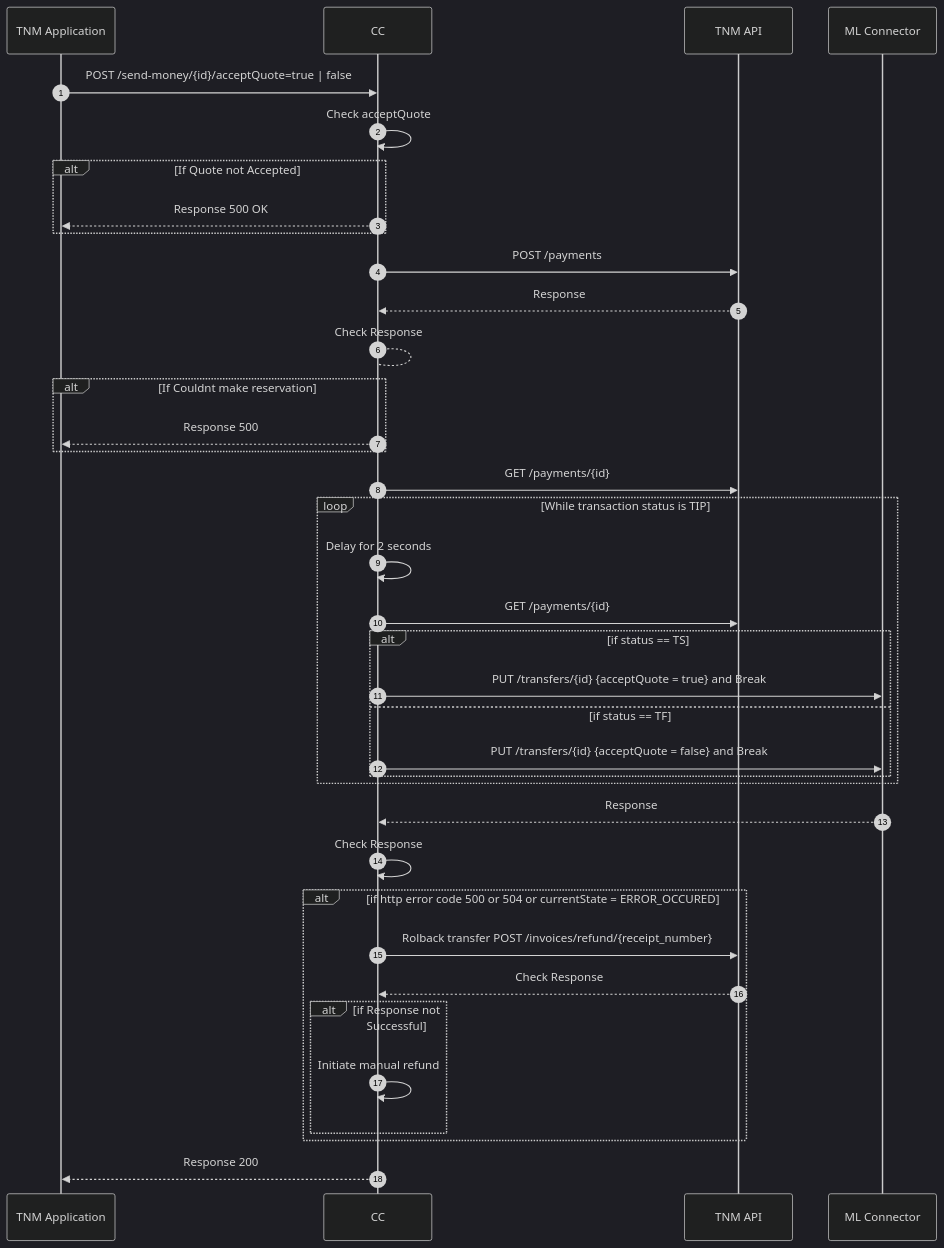
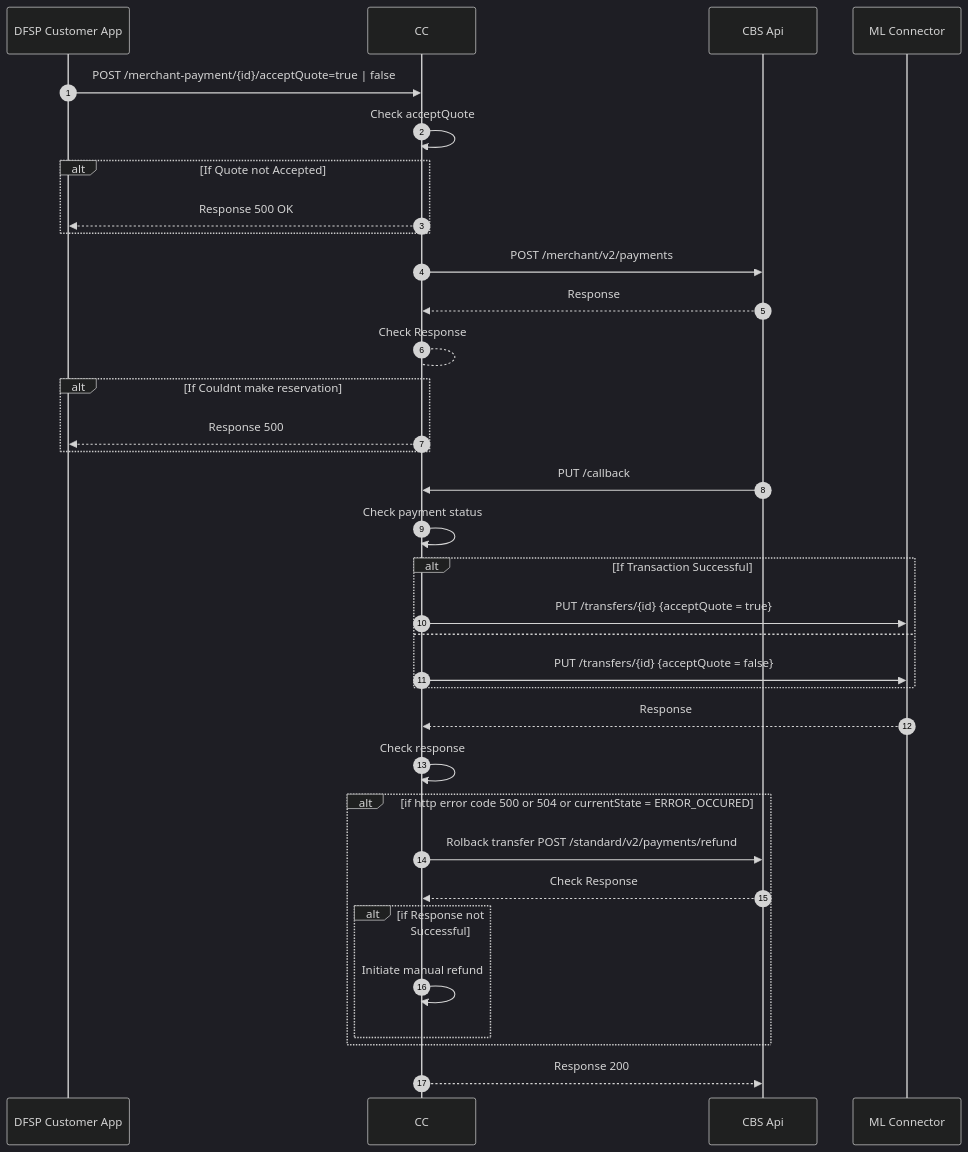
One commit to mojaloop/ml-reference-connectors changed the diagram in tnm-mw-core-connector/docs/merchant_payment_update.md. Above: the diagram before and after it, drawn with Mermaid (dark theme). The commit also changed other lines of this file and 6 other files, not shown here.

Commit message:
Chore: Merchant payments update

````diff
--- a/tnm-mw-core-connector/docs/merchant_payment_update.md
+++ b/tnm-mw-core-connector/docs/merchant_payment_update.md
@@ -1,35 +4,32 @@
 ```mermaid
 sequenceDiagram
   autoNumber
-  TNM Application->>CC: POST /send-money/{id}/acceptQuote=true | false
+  DFSP Customer App->>CC: POST /merchant-payment/{id}/acceptQuote=true | false
   CC->>CC: Check acceptQuote
   Alt If Quote not Accepted
-  CC-->>TNM Application: Response 500 OK
+  CC-->>DFSP Customer App: Response 500 OK
   End
-  CC->>TNM API:POST /payments
-  TNM API-->>CC:Response
+  CC->>CBS Api:POST /merchant/v2/payments
+  CBS Api-->>CC:Response
   CC-->CC: Check Response
   Alt If Couldnt make reservation
-  CC-->>TNM Application: Response 500
+  CC-->>DFSP Customer App: Response 500
   End
-  CC->>TNM API: GET  /payments/{id}
-  Loop While transaction status is TIP
-  CC->>CC: Delay for 2 seconds
-  CC->>TNM API: GET  /payments/{id}
-  Alt if status == TS
-  CC->>ML Connector:PUT  /transfers/{id} {acceptQuote = true} and Break
-  else if status == TF
-  CC->>ML Connector:PUT  /transfers/{id} {acceptQuote = false} and Break
+  CBS Api->>CC: PUT /callback
+  CC->>CC: Check payment status 
+  Alt If Transaction Successful
+  CC->>ML Connector:PUT  /transfers/{id} {acceptQuote = true}
+  Else
+  CC->>ML Connector:PUT  /transfers/{id} {acceptQuote = false}
   End
-  End
-  ML Connector -->> CC: Response
-  CC->>CC: Check Response
+  ML Connector-->>CC: Response
+  CC->>CC: Check response
   Alt if http error code 500 or 504 or currentState = ERROR_OCCURED
-  CC->>TNM API : Rolback transfer POST /invoices/refund/{receipt_number}
-  TNM API-->>CC:Check Response
+  CC->>CBS Api : Rolback transfer POST /standard/v2/payments/refund
+  CBS Api-->>CC:Check Response
   Alt if Response not Successful
   CC->>CC: Initiate manual refund
   End
   End
-  CC-->>TNM Application: Response 200
+  CC-->> CBS Api: Response 200
 ```
````
